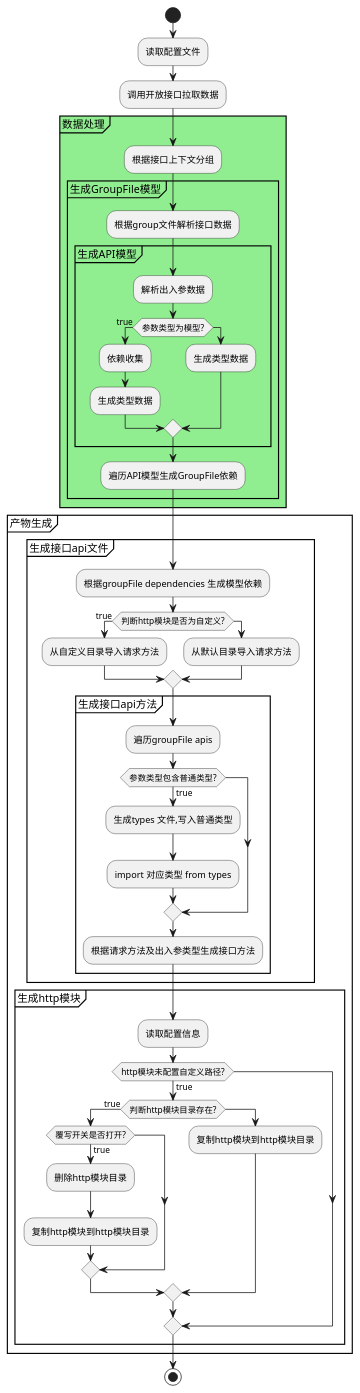
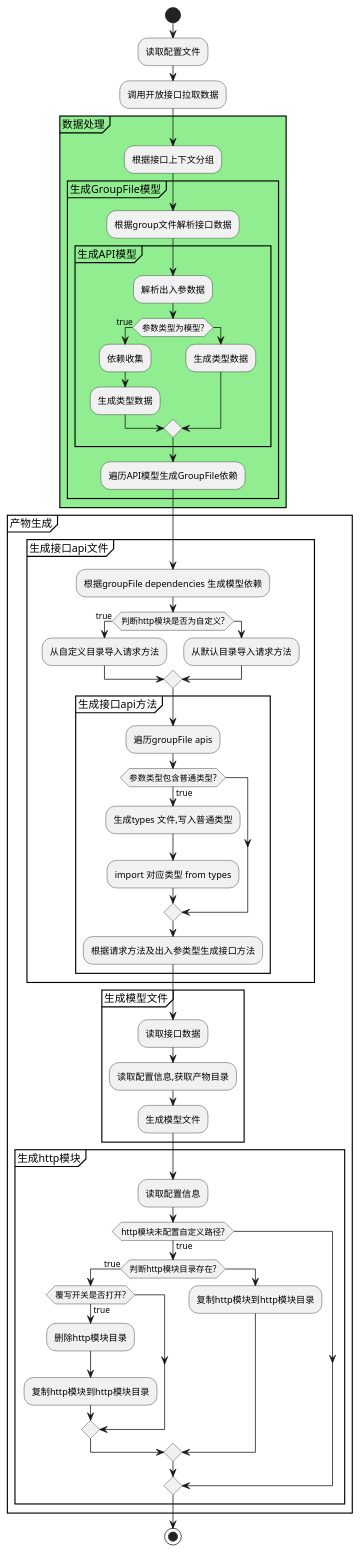
One commit to wanglinglei/fast-api changed the diagram in README.md. Above: the diagram before and after it, drawn with PlantUML. The commit also changed 13 other files, not shown here.

````diff
--- a/README.md
+++ b/README.md
@@ -30,59 +30,63 @@
 ```plantuml
 @startuml fast-api 工作流程
 start
 :读取配置文件;
 :调用开放接口拉取数据;
 group #lightGreen 数据处理 
   :根据接口上下文分组;
   group 生成GroupFile模型
     :根据group文件解析接口数据;
     group 生成API模型
       :解析出入参数据;
       if(参数类型为模型?) then(true)
         :依赖收集;
         :生成类型数据;
       else
         :生成类型数据;
       endif
     end group
     :遍历API模型生成GroupFile依赖;
   end group
 end group
 
 group 产物生成
   group 生成接口api文件
     :根据groupFile dependencies 生成模型依赖;
     if(判断http模块是否为自定义?) then(true)
       :从自定义目录导入请求方法;
     else
       :从默认目录导入请求方法;
     endif    
     group 生成接口api方法
       :遍历groupFile apis;
       if(参数类型包含普通类型?) then(true)
         :生成types 文件,写入普通类型;
         :import 对应类型 from types;
       else
       endif
       :根据请求方法及出入参类型生成接口方法;
     end group
   end group
-
+  group 生成模型文件
+    :读取接口数据;
+    :读取配置信息,获取产物目录;
+    :生成模型文件;
+  end group
   group 生成http模块
     :读取配置信息;
     if(http模块未配置自定义路径?) then(true)
       if(判断http模块目录存在?) then(true)
         if(覆写开关是否打开?) then(true)
           :删除http模块目录;
           :复制http模块到http模块目录;
         endif
       else
         :复制http模块到http模块目录;
       endif
     endif 
   end group  
 end group
 
 stop
 @enduml
 ```
````
